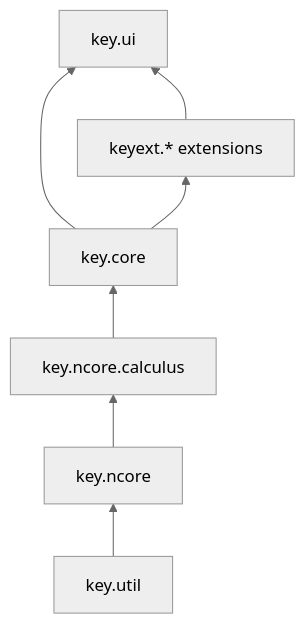
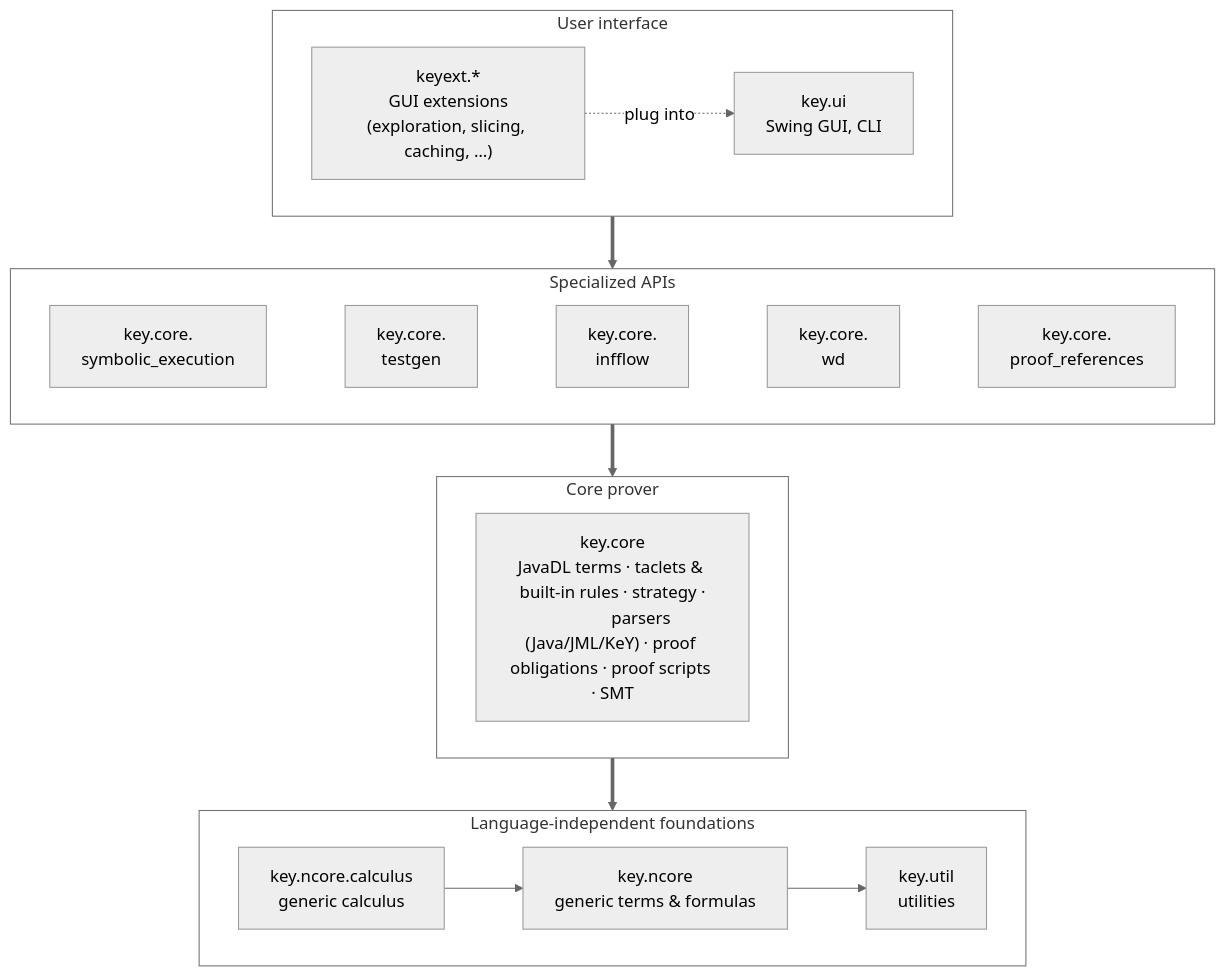
Before and after one commit to KeYProject/key-docs: the diagram in docs/devel/Architecture.md, drawn with Mermaid (neutral theme). The commit also changed other lines of this file and 1 other file, not shown here.

Commit message:
diagram improvements

````diff
--- a/docs/devel/Architecture.md
+++ b/docs/devel/Architecture.md
@@ -9,8 +12,37 @@
 ```mermaid
-graph BT
-    util["key.util"] --> ncore["key.ncore"] --> calculus["key.ncore.calculus"]
-    calculus --> core["key.core"]
-    core --> ui["key.ui"]
-    core --> keyext["keyext.* extensions"]
-    keyext --> ui
+flowchart TB
+    subgraph L1["User interface"]
+        direction LR
+        ui["key.ui<br>Swing GUI, CLI"]
+        keyext["keyext.*<br>GUI extensions<br>(exploration, slicing, caching, …)"]
+        keyext -. plug into .-> ui
+    end
+
+    subgraph L2["Specialized APIs"]
+        direction LR
+        symbex["key.core.<br>symbolic_execution"]
+        testgen["key.core.<br>testgen"]
+        infflow["key.core.<br>infflow"]
+        wd["key.core.<br>wd"]
+        prefs["key.core.<br>proof_references"]
+        symbex ~~~ testgen ~~~ infflow ~~~ wd ~~~ prefs
+    end
+
+    subgraph L3["Core prover"]
+        core["key.core<br>JavaDL terms · taclets & built-in rules · strategy ·
+              parsers (Java/JML/KeY) · proof obligations · proof scripts · SMT"]
+    end
+
+    subgraph L4["Language-independent foundations"]
+        direction LR
+        calculus["key.ncore.calculus<br>generic calculus"]
+        ncore["key.ncore<br>generic terms & formulas"]
+        util["key.util<br>utilities"]
+        calculus --> ncore --> util
+    end
+
+    L1 ==> L2 ==> L3 ==> L4
+
+    classDef layer fill:none,stroke-width:1px;
+    class L1,L2,L3,L4 layer;
 ```
````
